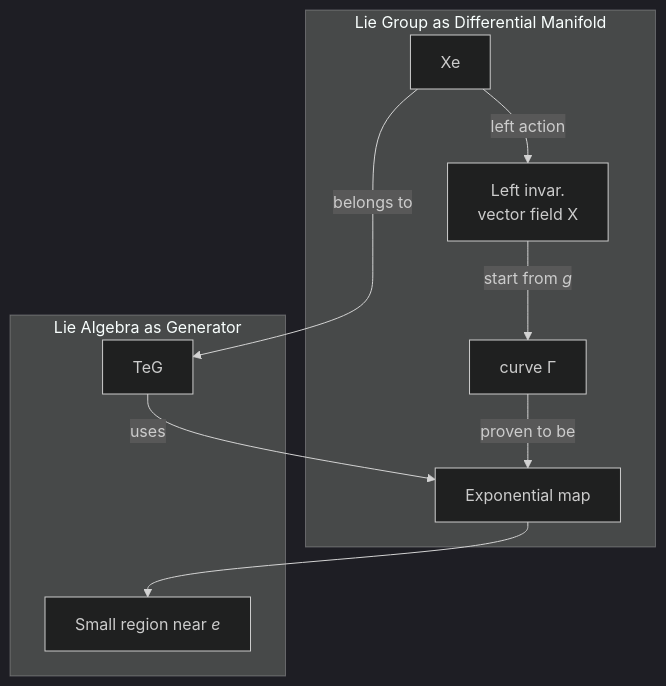
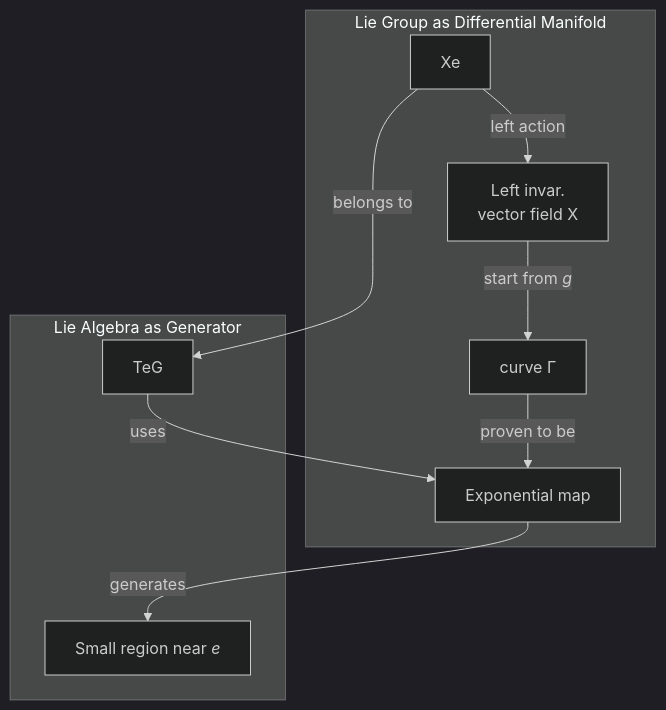
One commit to yk-liu/yk-liu.github.io changed the diagram in _posts/2019-01-12-Lie-Group-and-Lie-Agebra/Lie-group-and-Lie-Algebra.md. Above: the diagram before and after it, drawn with Mermaid (dark theme).

````diff
--- a/_posts/2019-01-12-Lie-Group-and-Lie-Agebra/Lie-group-and-Lie-Algebra.md
+++ b/_posts/2019-01-12-Lie-Group-and-Lie-Agebra/Lie-group-and-Lie-Algebra.md
@@ -202,19 +202,19 @@
 ```mermaid
 graph TB
 subgraph Lie Group as Differential Manifold
 A[Xe] -->|left action|B[Left invar. <br>vector field X]
 
 B -->|start from <i>g</i>| C[curve Γ]
 
 C -->|proven to be|D[Exponential map]
 end
 subgraph Lie Algebra as Generator
 
 A -->|belongs to|E[TeG]
 
 E -->|uses|D
 
-D -->F[Small region near <i>e</i>]
+D -->|generates|F[Small region near <i>e</i>]
 end
 
 ```
````
